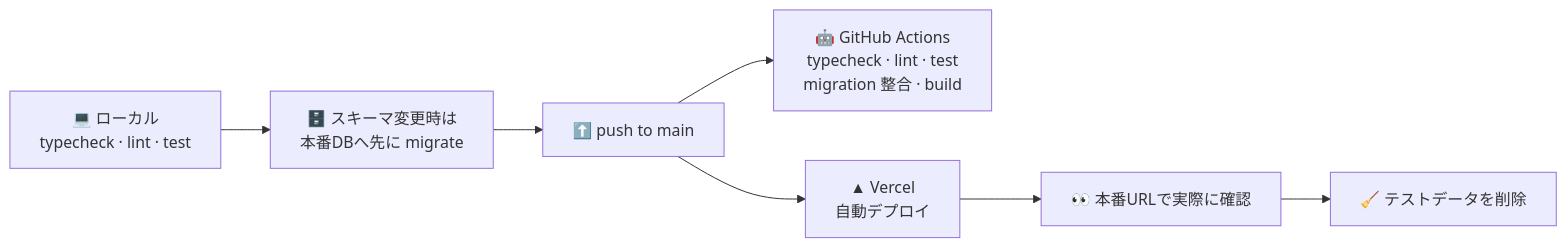
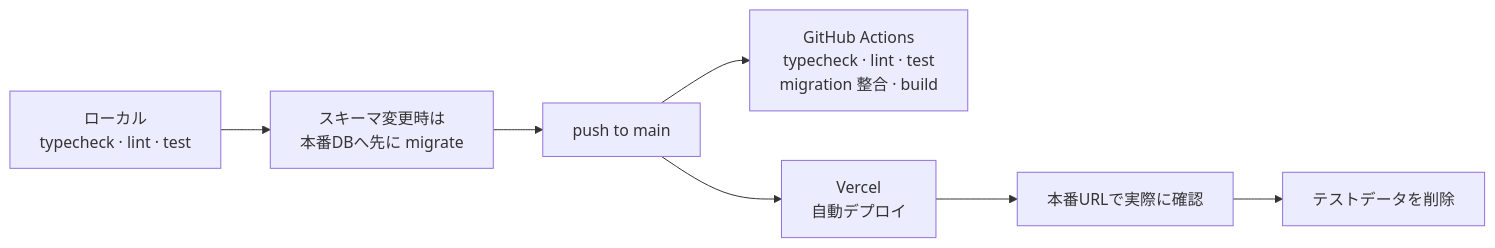
One commit to bright-broom/online-march changed the ninth of 9 diagrams in README.md. Above: the diagram before and after it, drawn with Mermaid. The commit also changed other lines of this file, not shown here.

````diff
--- a/README.md
+++ b/README.md
@@ -417,9 +417,9 @@
 ```mermaid
 flowchart LR
-    DEV["💻 ローカル<br/>typecheck · lint · test"] --> MIG["🗄️ スキーマ変更時は<br/>本番DBへ先に migrate"]
-    MIG --> PUSH["⬆️ push to main"]
-    PUSH --> CI["🤖 GitHub Actions<br/>typecheck · lint · test<br/>migration 整合 · build"]
-    PUSH --> VC["▲ Vercel<br/>自動デプロイ"]
-    VC --> CHECK["👀 本番URLで実際に確認"]
-    CHECK --> CLEAN["🧹 テストデータを削除"]
+    DEV["ローカル<br/>typecheck · lint · test"] --> MIG["スキーマ変更時は<br/>本番DBへ先に migrate"]
+    MIG --> PUSH["push to main"]
+    PUSH --> CI["GitHub Actions<br/>typecheck · lint · test<br/>migration 整合 · build"]
+    PUSH --> VC["Vercel<br/>自動デプロイ"]
+    VC --> CHECK["本番URLで実際に確認"]
+    CHECK --> CLEAN["テストデータを削除"]
 ```
````
